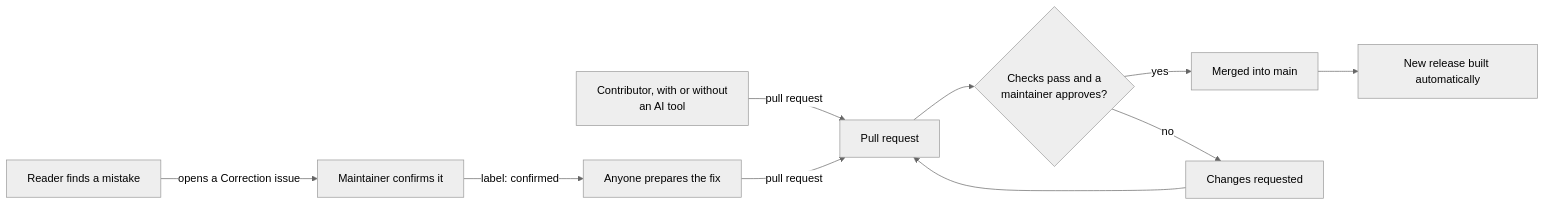
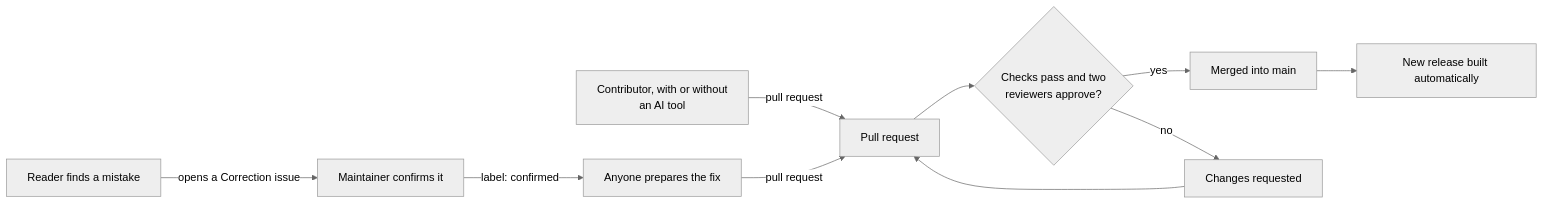
The diagram in README.md (maronesy/translation), drawn with Mermaid (neutral theme) before and after one commit. The commit also changed other lines of this file and 9 other files, not shown here.

First line of the commit message:
Rationale for the project; license swap; two reviewers

````diff
--- a/README.md
+++ b/README.md
@@ -63,12 +93,12 @@
 ```mermaid
 flowchart LR
     A[Reader finds a mistake] -->|opens a Correction issue| B[Maintainer confirms it]
     B -->|label: confirmed| C[Anyone prepares the fix]
     D[Contributor, with or without<br/>an AI tool] -->|pull request| E
     C -->|pull request| E[Pull request]
-    E --> F{Checks pass and a<br/>maintainer approves?}
+    E --> F{Checks pass and two<br/>reviewers approve?}
     F -->|yes| G[Merged into main]
     F -->|no| H[Changes requested]
     H --> E
     G --> I[New release built automatically]
 ```
````
